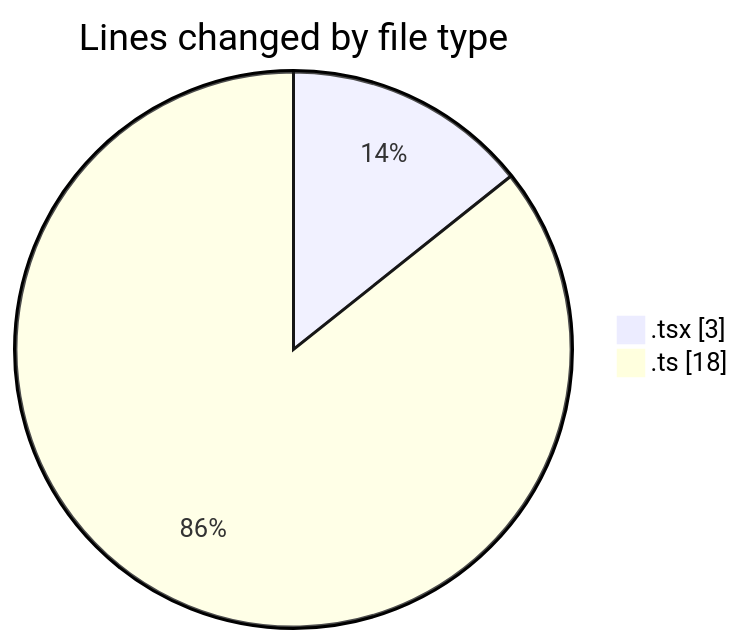
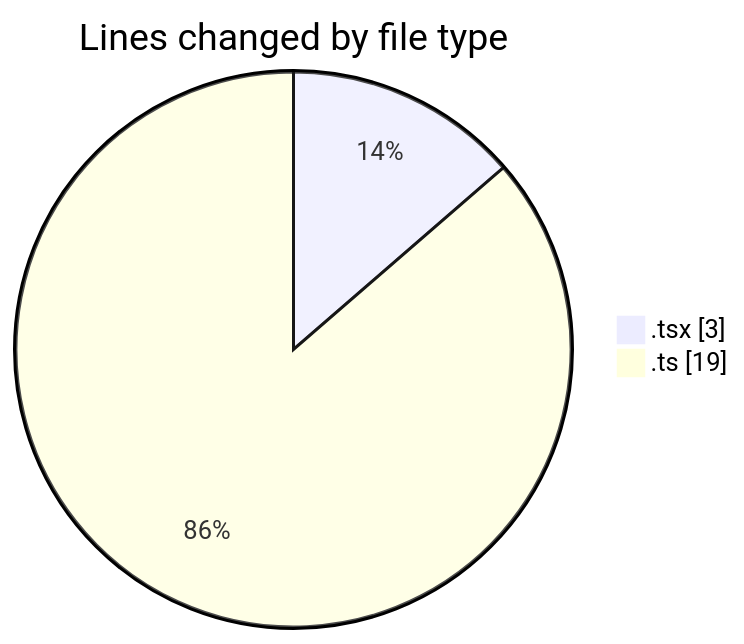
One commit to nxtqubesakshisongat/code-tracking changed the first of 2 diagrams in 2026-05-17/nxtqube_webapp/README.md. Above: the diagram before and after it, drawn with Mermaid. The commit also changed other lines of this file and 1 other file, not shown here.

````diff
--- a/2026-05-17/nxtqube_webapp/README.md
+++ b/2026-05-17/nxtqube_webapp/README.md
@@ -21,6 +21,6 @@
 ```mermaid
 pie showData
 title Lines changed by file type
 ".tsx" : 3
-".ts" : 18
+".ts" : 19
 ```
````
